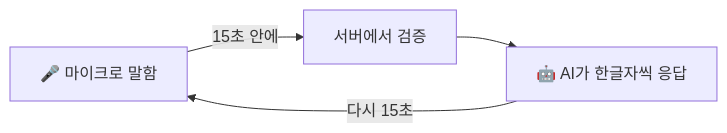
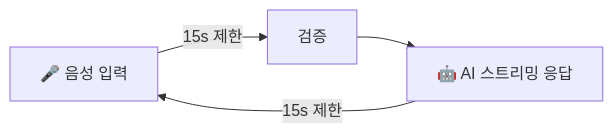
Before and after one commit to Technoetic/word-chain-game: the first of 7 diagrams in README.md, drawn with Mermaid. The commit also changed other lines of this file, not shown here.

````diff
--- a/README.md
+++ b/README.md
@@ -23,6 +21,6 @@
 ```mermaid
 flowchart LR
-    A["🎤 마이크로 말함"] -->|15초 안에| B["서버에서 검증"]
-    B --> C["🤖 AI가 한글자씩 응답"]
-    C -->|다시 15초| A
+    A["🎤 음성 입력"] -->|15s 제한| B["검증"]
+    B --> C["🤖 AI 스트리밍 응답"]
+    C -->|15s 제한| A
 ```
````
